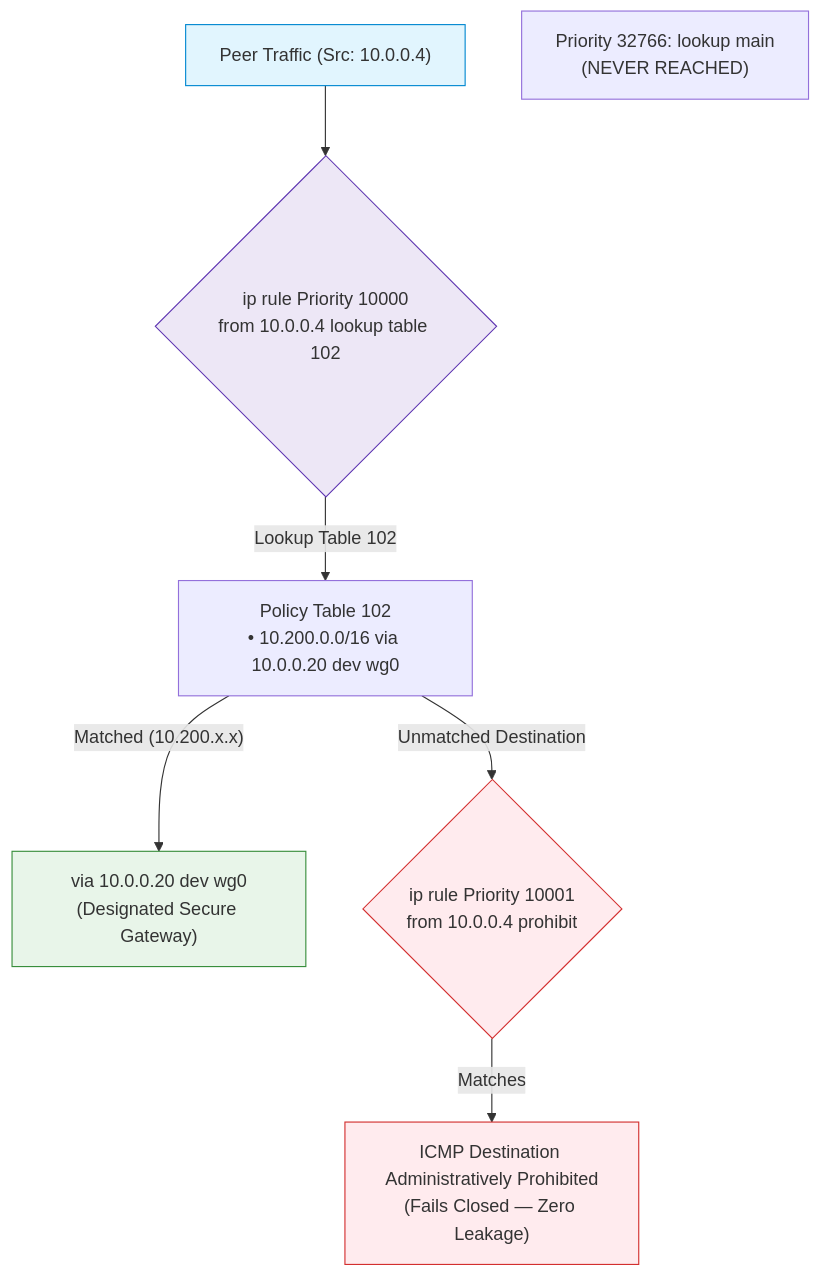
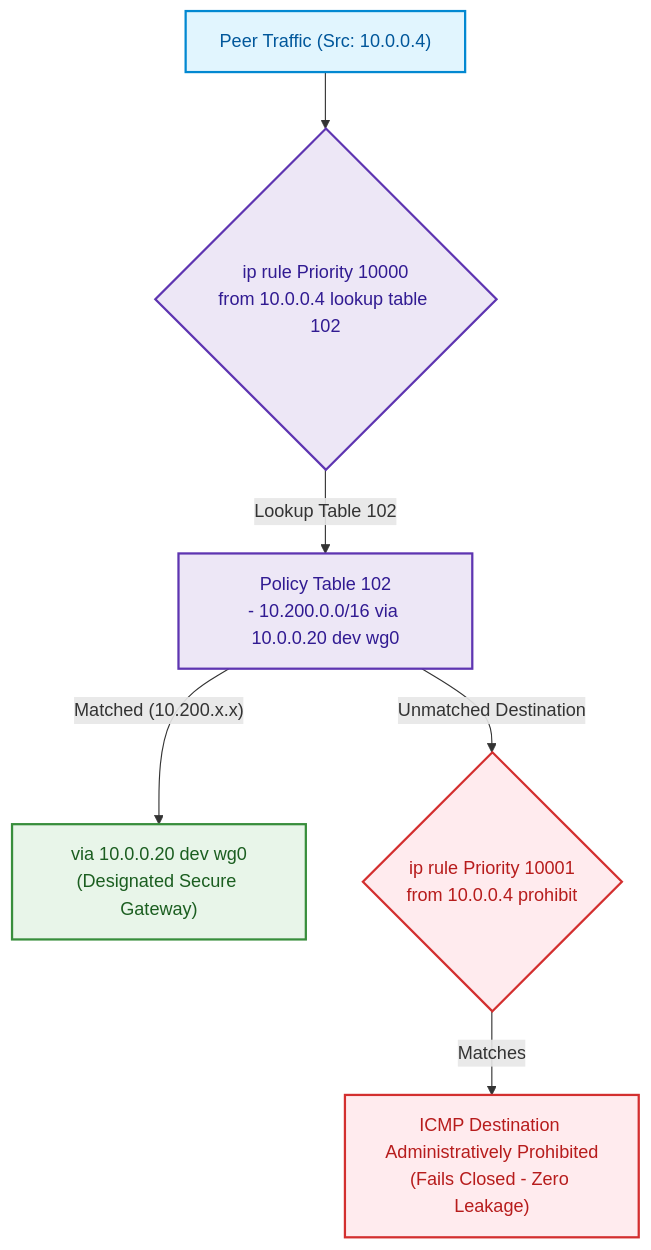
Before and after one commit to yix/wg-busy: the fourth of 8 diagrams in ROUTING_SHOWCASE.md, drawn with Mermaid. The commit also changed other lines of this file, not shown here.

Commit message:
fix broken diagrams

````diff
--- a/ROUTING_SHOWCASE.md
+++ b/ROUTING_SHOWCASE.md
@@ -225,22 +222,16 @@
 ```mermaid
 flowchart TD
-    Client["Peer Traffic (Src: 10.0.0.4)"] --> R1{"ip rule Priority 10000<br/>from 10.0.0.4 lookup table 102"}
+    classDef client fill:#e1f5fe,stroke:#0288d1,stroke-width:2px,color:#01579b
+    classDef rule fill:#ede7f6,stroke:#5e35b1,stroke-width:2px,color:#311b92
+    classDef gw fill:#e8f5e9,stroke:#388e3c,stroke-width:2px,color:#1b5e20
+    classDef drop fill:#ffebee,stroke:#d32f2f,stroke-width:2px,color:#b71c1c
+
+    Client["Peer Traffic (Src: 10.0.0.4)"]:::client --> R1{"ip rule Priority 10000<br/>from 10.0.0.4 lookup table 102"}:::rule
     
-    R1 -->|"Lookup Table 102"| Table102["Policy Table 102<br/>• 10.200.0.0/16 via 10.0.0.20 dev wg0"]
+    R1 -->|"Lookup Table 102"| Table102["Policy Table 102<br/>- 10.200.0.0/16 via 10.0.0.20 dev wg0"]:::rule
     
-    Table102 -->|"Matched (10.200.x.x)"| GW["via 10.0.0.20 dev wg0<br/>(Designated Secure Gateway)"]
-    Table102 -->|"Unmatched Destination"| R2{"ip rule Priority 10001<br/>from 10.0.0.4 prohibit"}
+    Table102 -->|"Matched (10.200.x.x)"| GW["via 10.0.0.20 dev wg0<br/>(Designated Secure Gateway)"]:::gw
+    Table102 -->|"Unmatched Destination"| R2{"ip rule Priority 10001<br/>from 10.0.0.4 prohibit"}:::drop
     
-    R2 -->|"Matches"| Drop["ICMP Destination Administratively Prohibited<br/>(Fails Closed — Zero Leakage)"]
-    
-    R_MAIN["Priority 32766: lookup main<br/>(NEVER REACHED)"]
-
-    classDef client fill:#e1f5fe,stroke:#0288d1;
-    classDef rule fill:#ede7f6,stroke:#5e35b1;
-    classDef gw fill:#e8f5e9,stroke:#388e3c;
-    classDef drop fill:#ffebee,stroke:#d32f2f;
-    class Client client;
-    class R1 rule;
-    class GW gw;
-    class R2,Drop drop;
+    R2 -->|"Matches"| Drop["ICMP Destination Administratively Prohibited<br/>(Fails Closed - Zero Leakage)"]:::drop
 ```
````
